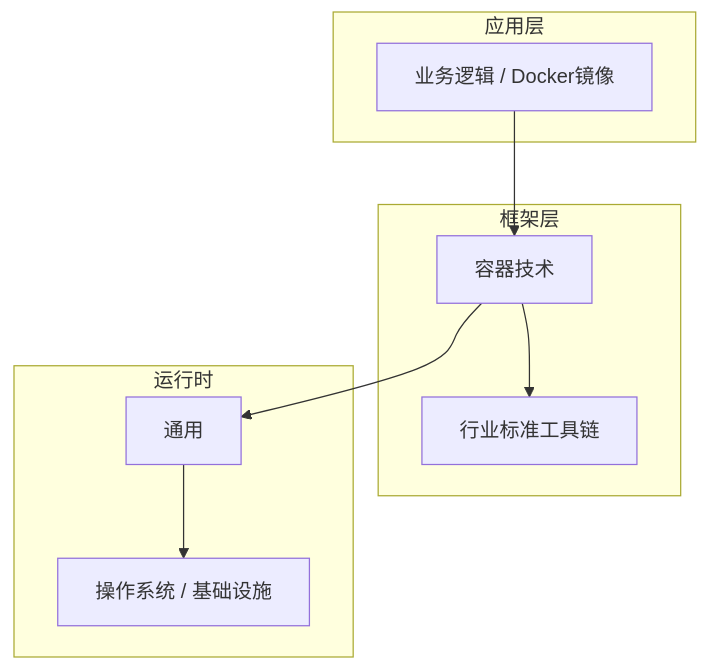
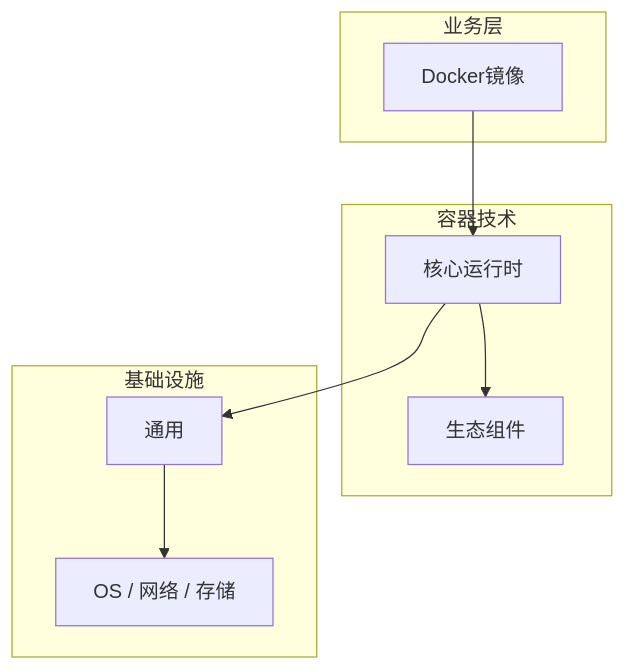
One commit to yanggan2015/knowledge-json-v2 changed the diagram in articles/容器技术/chapters/051-Docker镜像核心概念与原理.md. Above: the diagram before and after it, drawn with Mermaid. The commit also changed other lines of this file and 10127 other files, not shown here.

````diff
--- a/articles/容器技术/chapters/051-Docker镜像核心概念与原理.md
+++ b/articles/容器技术/chapters/051-Docker镜像核心概念与原理.md
@@ -45,18 +34,18 @@
 ```mermaid
 graph TB
-    subgraph 应用层
-        A[业务逻辑 / Docker镜像]
+    subgraph 业务层
+        A[Docker镜像]
     end
-    subgraph 框架层
-        B[容器技术]
-        C[行业标准工具链]
+    subgraph 容器技术
+        B[核心运行时]
+        C[生态组件]
     end
-    subgraph 运行时
+    subgraph 基础设施
         D[通用]
-        E[操作系统 / 基础设施]
+        E[OS / 网络 / 存储]
     end
     A --> B
     B --> C
     B --> D
     D --> E
 ```
````
